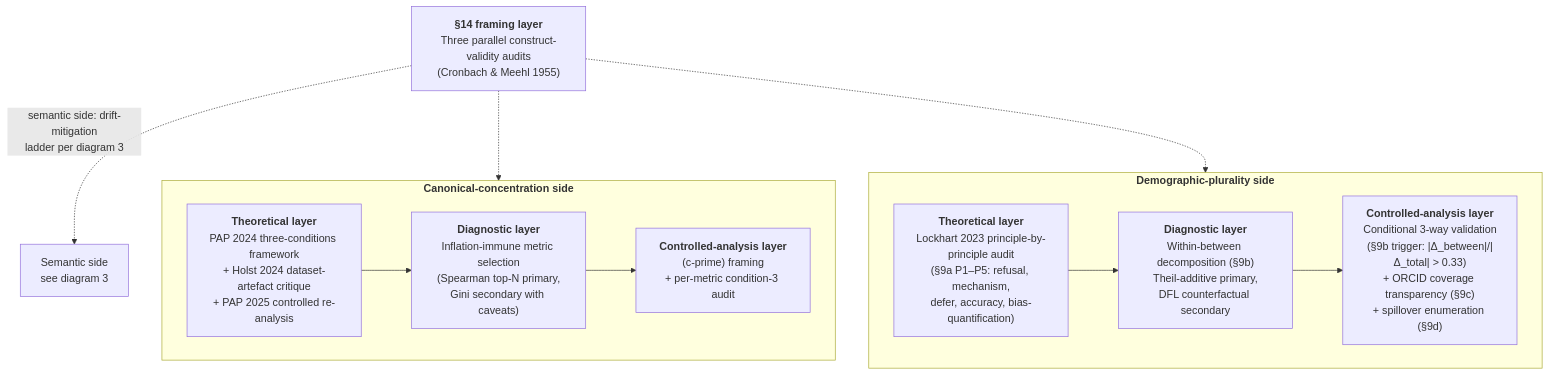
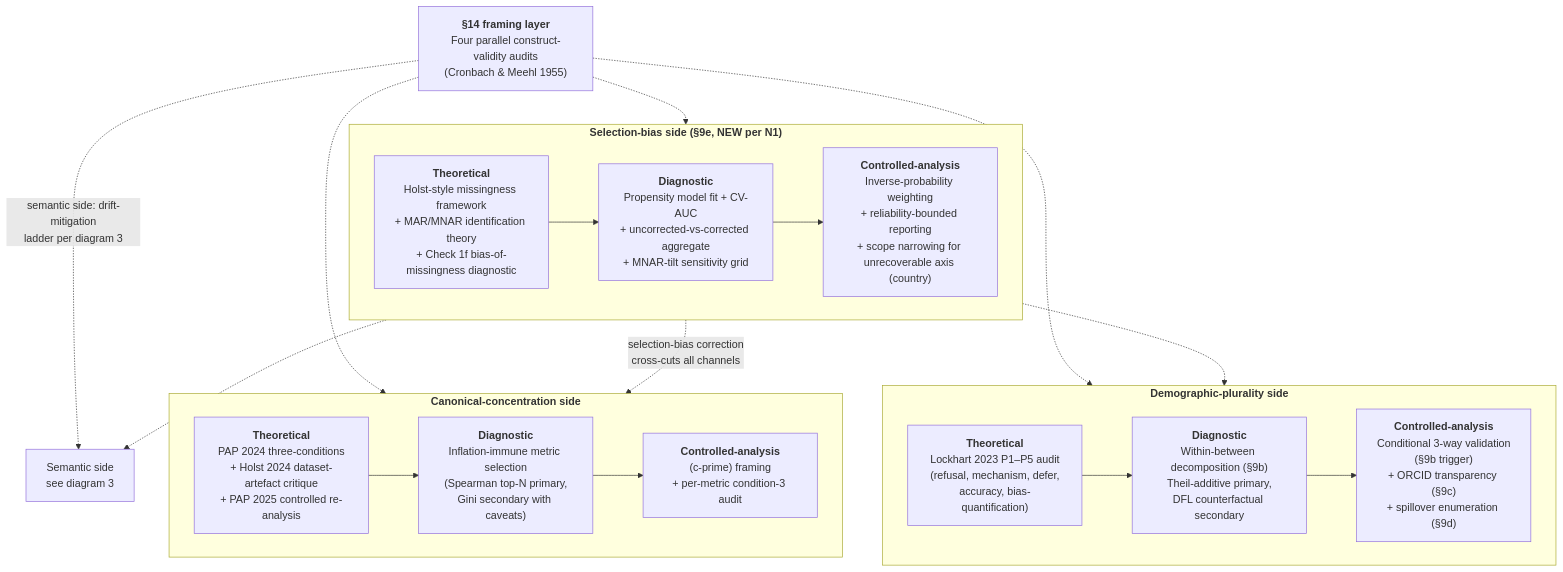
One commit to kar-ganap/originality changed the eighth of 8 diagrams in whitespace_2/docs/plan-at-a-glance.md. Above: the diagram before and after it, drawn with Mermaid. The commit also changed other lines of this file and 1 other file, not shown here.

````diff
--- a/whitespace_2/docs/plan-at-a-glance.md
+++ b/whitespace_2/docs/plan-at-a-glance.md
@@ -309,21 +317,32 @@
 ```mermaid
 flowchart TB
     subgraph Canonical["<b>Canonical-concentration side</b>"]
-        CT["<b>Theoretical layer</b><br/>PAP 2024 three-conditions framework<br/>+ Holst 2024 dataset-artefact critique<br/>+ PAP 2025 controlled re-analysis"]
-        CD["<b>Diagnostic layer</b><br/>Inflation-immune metric selection<br/>(Spearman top-N primary,<br/>Gini secondary with caveats)"]
-        CC["<b>Controlled-analysis layer</b><br/>(c-prime) framing<br/>+ per-metric condition-3 audit"]
+        CT["<b>Theoretical</b><br/>PAP 2024 three-conditions<br/>+ Holst 2024 dataset-artefact critique<br/>+ PAP 2025 controlled re-analysis"]
+        CD["<b>Diagnostic</b><br/>Inflation-immune metric selection<br/>(Spearman top-N primary,<br/>Gini secondary with caveats)"]
+        CC["<b>Controlled-analysis</b><br/>(c-prime) framing<br/>+ per-metric condition-3 audit"]
         CT --> CD --> CC
     end
 
     subgraph Demographic["<b>Demographic-plurality side</b>"]
-        DT["<b>Theoretical layer</b><br/>Lockhart 2023 principle-by-principle audit<br/>(§9a P1–P5: refusal, mechanism,<br/>defer, accuracy, bias-quantification)"]
-        DD["<b>Diagnostic layer</b><br/>Within-between decomposition (§9b)<br/>Theil-additive primary,<br/>DFL counterfactual secondary"]
-        DC["<b>Controlled-analysis layer</b><br/>Conditional 3-way validation<br/>(§9b trigger: |Δ_between|/|Δ_total| > 0.33)<br/>+ ORCID coverage transparency (§9c)<br/>+ spillover enumeration (§9d)"]
+        DT["<b>Theoretical</b><br/>Lockhart 2023 P1–P5 audit<br/>(refusal, mechanism, defer,<br/>accuracy, bias-quantification)"]
+        DD["<b>Diagnostic</b><br/>Within-between decomposition (§9b)<br/>Theil-additive primary,<br/>DFL counterfactual secondary"]
+        DC["<b>Controlled-analysis</b><br/>Conditional 3-way validation<br/>(§9b trigger)<br/>+ ORCID transparency (§9c)<br/>+ spillover enumeration (§9d)"]
         DT --> DD --> DC
     end
 
-    Framing["<b>§14 framing layer</b><br/>Three parallel construct-validity audits<br/>(Cronbach & Meehl 1955)"]
+    subgraph Selection["<b>Selection-bias side (§9e, NEW per N1)</b>"]
+        ST["<b>Theoretical</b><br/>Holst-style missingness framework<br/>+ MAR/MNAR identification theory<br/>+ Check 1f bias-of-missingness diagnostic"]
+        SD["<b>Diagnostic</b><br/>Propensity model fit + CV-AUC<br/>+ uncorrected-vs-corrected aggregate<br/>+ MNAR-tilt sensitivity grid"]
+        SC["<b>Controlled-analysis</b><br/>Inverse-probability weighting<br/>+ reliability-bounded reporting<br/>+ scope narrowing for unrecoverable axis (country)"]
+        ST --> SD --> SC
+    end
+
+    Framing["<b>§14 framing layer</b><br/>Four parallel construct-validity audits<br/>(Cronbach & Meehl 1955)"]
     Framing -.-> Canonical
     Framing -.-> Demographic
+    Framing -.-> Selection
     Framing -.->|"semantic side: drift-mitigation<br/>ladder per diagram 3"| Semantic[Semantic side<br/>see diagram 3]
+    Selection -.->|"selection-bias correction<br/>cross-cuts all channels"| Canonical
+    Selection -.-> Demographic
+    Selection -.-> Semantic
 ```
````
